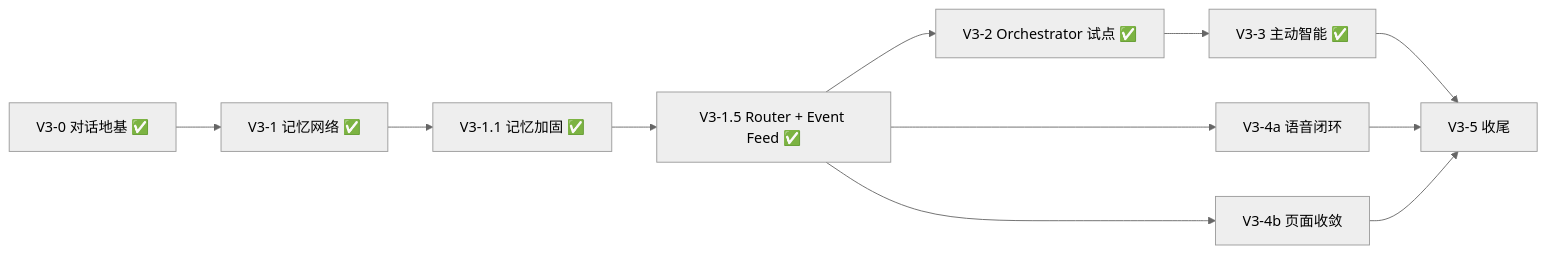
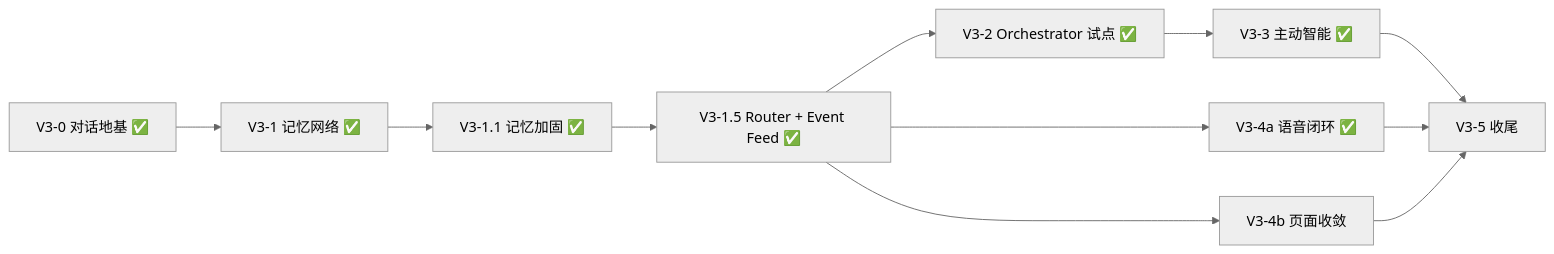
The second of 2 diagrams in docs/JARVIS_OS_V3_PLAN.md (Lyb-L-dev/jarvis-os), drawn with Mermaid (neutral theme) before and after one commit. The commit also changed other lines of this file and 20 other files, not shown here.

````diff
--- a/docs/JARVIS_OS_V3_PLAN.md
+++ b/docs/JARVIS_OS_V3_PLAN.md
@@ -299,13 +299,13 @@
 ```mermaid
 flowchart LR
     A["V3-0 对话地基 ✅"] --> B["V3-1 记忆网络 ✅"]
     B --> C["V3-1.1 记忆加固 ✅"]
     C --> D["V3-1.5 Router + Event Feed ✅"]
     D --> E["V3-2 Orchestrator 试点 ✅"]
     E --> F["V3-3 主动智能 ✅"]
-    D --> G["V3-4a 语音闭环"]
+    D --> G["V3-4a 语音闭环 ✅"]
     D --> H["V3-4b 页面收敛"]
     F --> I["V3-5 收尾"]
     G --> I
     H --> I
 ```
````
